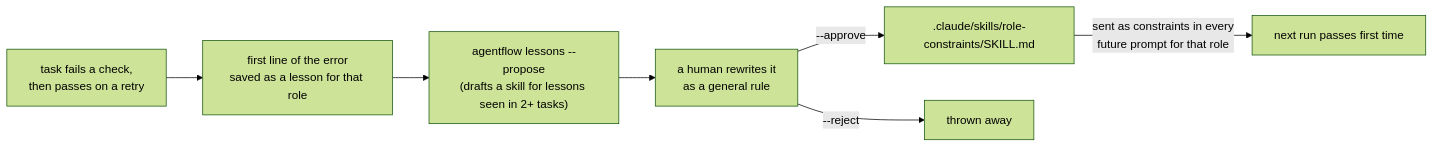
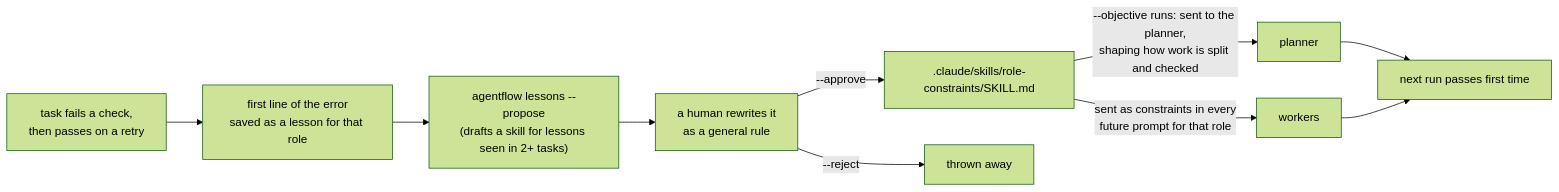
Before and after one commit to Rampex1/workflow: the third of 4 diagrams in agentflow/DIAGRAMS.md, drawn with Mermaid (forest theme).

Commit message:
agentflow: show approved skills reaching the planner in the lessons diagram

````diff
--- a/agentflow/DIAGRAMS.md
+++ b/agentflow/DIAGRAMS.md
@@ -51,9 +51,12 @@
 ```mermaid
 flowchart LR
     A["task fails a check,<br/>then passes on a retry"] --> L["first line of the error<br/>saved as a lesson for that role"]
     L --> P["agentflow lessons --propose<br/>(drafts a skill for lessons seen in 2+ tasks)"]
     P --> H["a human rewrites it<br/>as a general rule"]
     H -->|"--approve"| S[".claude/skills/role-constraints/SKILL.md"]
     H -->|"--reject"| X["thrown away"]
-    S -->|"sent as constraints in every<br/>future prompt for that role"| C["next run passes first time"]
+    S -->|"--objective runs: sent to the planner,<br/>shaping how work is split and checked"| PL["planner"]
+    S -->|"sent as constraints in every<br/>future prompt for that role"| W["workers"]
+    PL --> C["next run passes first time"]
+    W --> C
 ```
````
